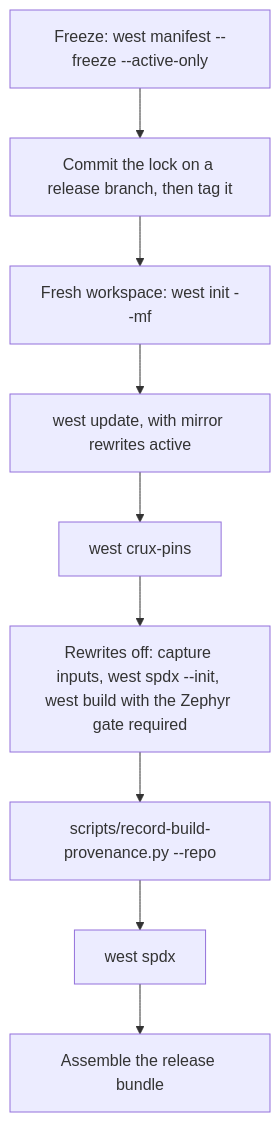
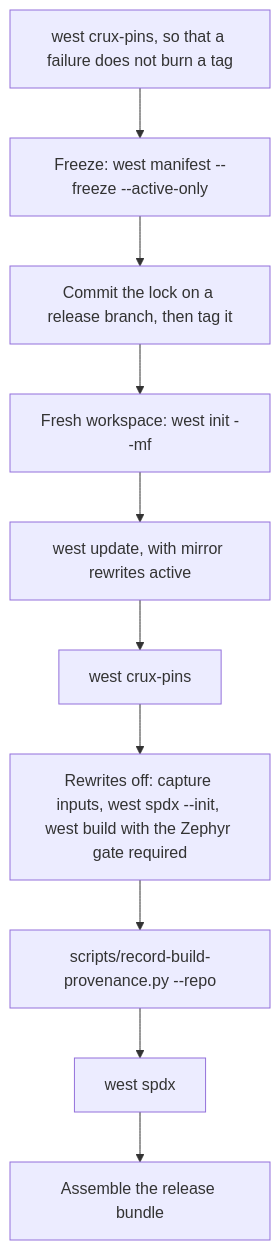
One commit to wonny-labs/crux-pilot changed the fourth of 4 diagrams in docs/product-composition.md. Above: the diagram before and after it, drawn with Mermaid. The commit also changed other lines of this file and 3 other files, not shown here.

````diff
--- a/docs/product-composition.md
+++ b/docs/product-composition.md
@@ -185,11 +292,12 @@
 ```mermaid
 flowchart TD
-    A["Freeze: west manifest --freeze --active-only"] --> B["Commit the lock on a release branch, then tag it"]
+    P["west crux-pins, so that a failure does not burn a tag"] --> A["Freeze: west manifest --freeze --active-only"]
+    A --> B["Commit the lock on a release branch, then tag it"]
     B --> C["Fresh workspace: west init --mf"]
     C --> D["west update, with mirror rewrites active"]
     D --> E["west crux-pins"]
     E --> F["Rewrites off: capture inputs, west spdx --init, west build with the Zephyr gate required"]
     F --> G["scripts/record-build-provenance.py --repo"]
     G --> H["west spdx"]
     H --> I["Assemble the release bundle"]
 ```
````
